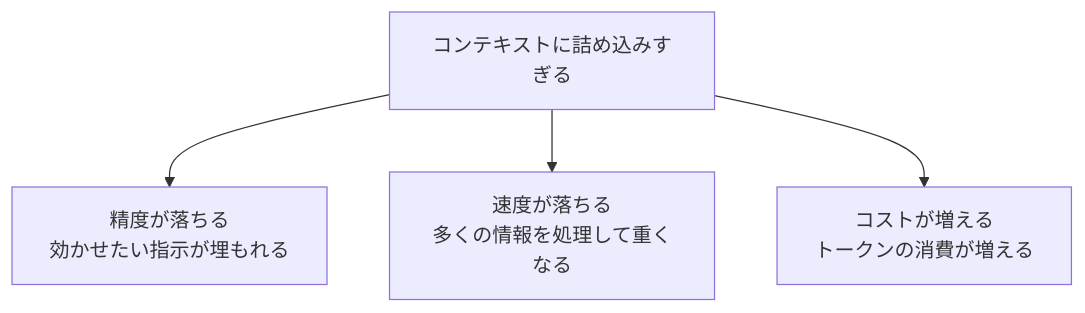
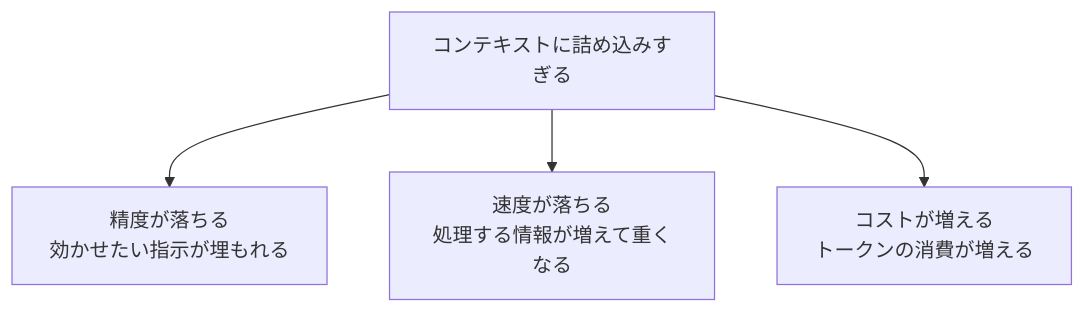
The diagram in curriculums/part-03_Claude-Code-基礎/chapter-02_コンテキスト管理/3-2-1_コンテキストの仕組みと重要性.md (coachtech-material/pj_X), drawn with Mermaid before and after one commit. The commit also changed other lines of this file and 36 other files, not shown here.

````diff
--- a/curriculums/part-03_Claude-Code-基礎/chapter-02_コンテキスト管理/3-2-1_コンテキストの仕組みと重要性.md
+++ b/curriculums/part-03_Claude-Code-基礎/chapter-02_コンテキスト管理/3-2-1_コンテキストの仕組みと重要性.md
@@ -72,6 +62,6 @@
 ```mermaid
 flowchart TD
     A["コンテキストに詰め込みすぎる"] --> B["精度が落ちる<br>効かせたい指示が埋もれる"]
-    A --> C["速度が落ちる<br>多くの情報を処理して重くなる"]
+    A --> C["速度が落ちる<br>処理する情報が増えて重くなる"]
     A --> D["コストが増える<br>トークンの消費が増える"]
 ```
````
